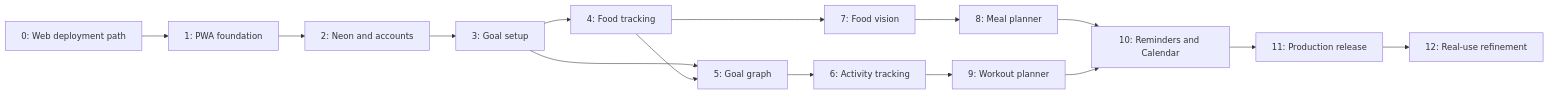
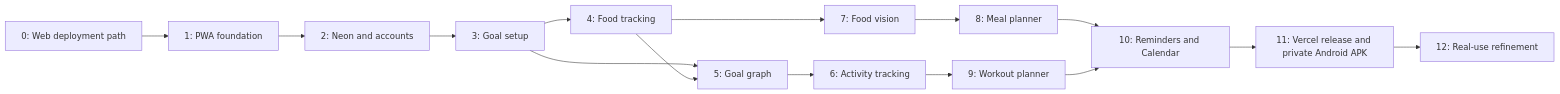
Before and after one commit to siddharthg2309/healthcare: the fifth of 5 diagrams in docs/IMPLEMENTATION_PLAN.md, drawn with Mermaid. The commit also changed other lines of this file and 17 other files, not shown here.

Commit message:
feat(android): add private APK shell

````diff
--- a/docs/IMPLEMENTATION_PLAN.md
+++ b/docs/IMPLEMENTATION_PLAN.md
@@ -1064,17 +1070,17 @@
 ```mermaid
 flowchart LR
   P0[0: Web deployment path] --> P1[1: PWA foundation]
   P1 --> P2[2: Neon and accounts]
   P2 --> P3[3: Goal setup]
   P3 --> P4[4: Food tracking]
   P3 --> P5[5: Goal graph]
   P4 --> P5
   P5 --> P6[6: Activity tracking]
   P4 --> P7[7: Food vision]
   P7 --> P8[8: Meal planner]
   P6 --> P9[9: Workout planner]
   P8 --> P10[10: Reminders and Calendar]
   P9 --> P10
-  P10 --> P11[11: Production release]
+  P10 --> P11[11: Vercel release and private Android APK]
   P11 --> P12[12: Real-use refinement]
 ```
````
